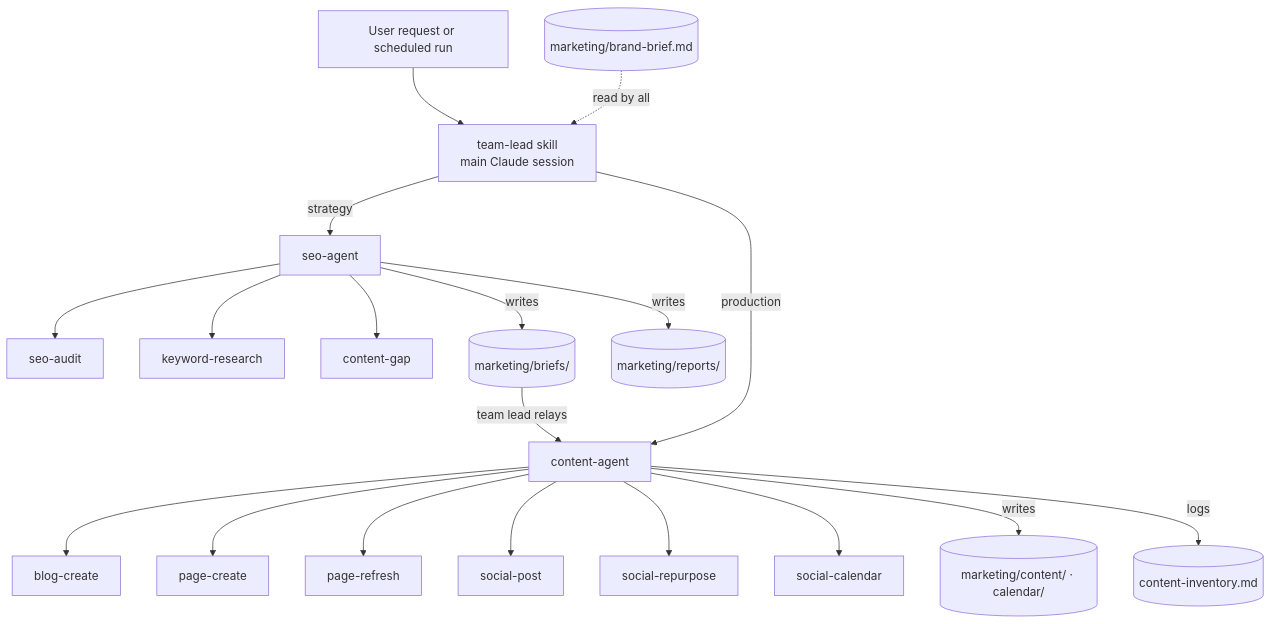
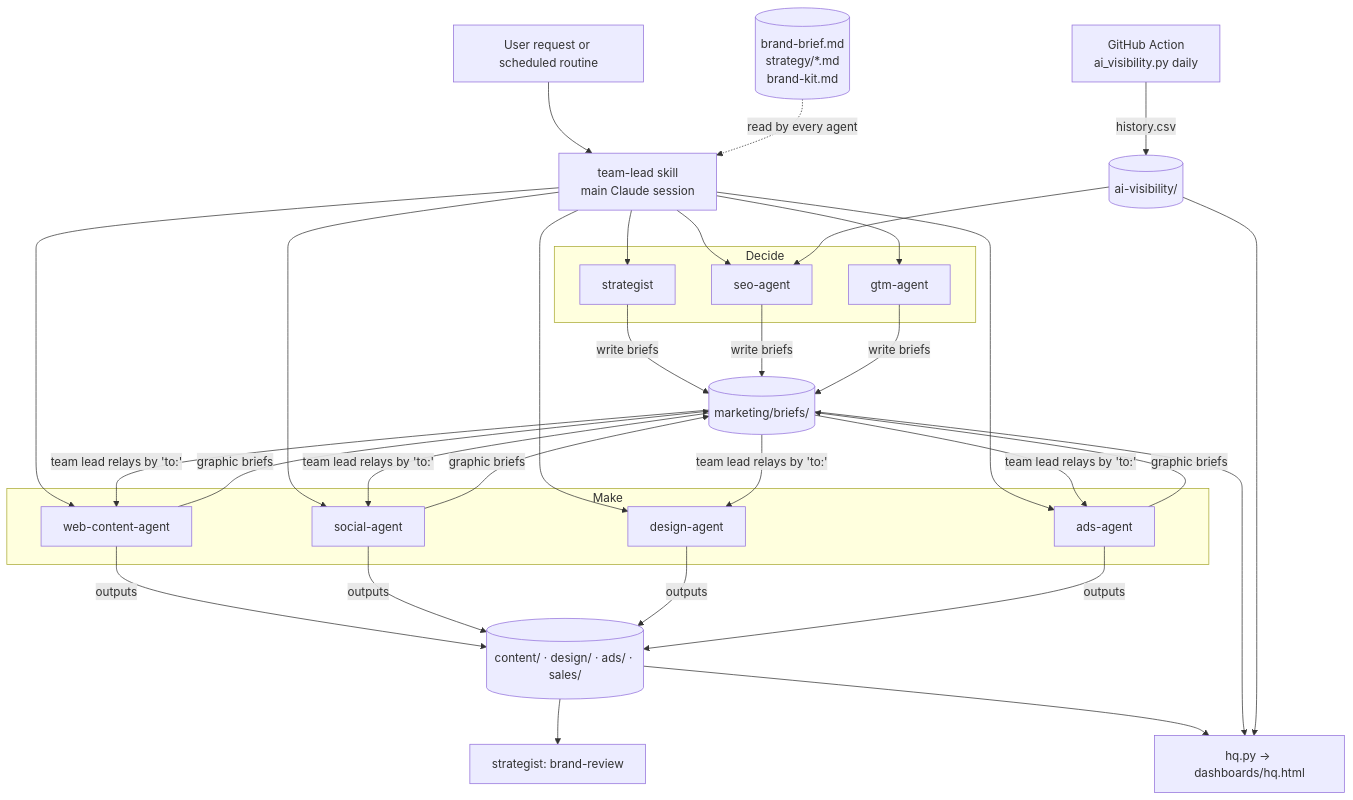
The diagram in docs/architecture.md (viktar-m/marketing-team), drawn with Mermaid before and after one commit. The commit also changed other lines of this file and 53 other files, not shown here.

First line of the commit message:
v0.2.0: seven-agent team with AI visibility, design, ads and GTM

````diff
--- a/docs/architecture.md
+++ b/docs/architecture.md
@@ -5,21 +5,27 @@
 ```mermaid
 flowchart TD
-    U[User request or scheduled run] --> L[team-lead skill<br/>main Claude session]
-    B[(marketing/brand-brief.md)] -.read by all.-> L
-    L -->|strategy| S[seo-agent]
-    L -->|production| C[content-agent]
-    S --> SA[seo-audit]
-    S --> KR[keyword-research]
-    S --> CG[content-gap]
-    S -->|writes| BR[(marketing/briefs/)]
-    BR -->|team lead relays| C
-    C --> BC[blog-create]
-    C --> PC[page-create]
-    C --> PR[page-refresh]
-    C --> SP[social-post]
-    C --> SR[social-repurpose]
-    C --> SC[social-calendar]
-    C -->|writes| O[(marketing/content/ · calendar/)]
-    C -->|logs| I[(content-inventory.md)]
-    S -->|writes| R[(marketing/reports/)]
+    U[User request or scheduled routine] --> L[team-lead skill<br/>main Claude session]
+    B[(brand-brief.md<br/>strategy/*.md<br/>brand-kit.md)] -.read by every agent.-> L
+
+    subgraph Decide
+      ST[strategist]
+      SEO[seo-agent]
+      GTM[gtm-agent]
+    end
+    subgraph Make
+      WEB[web-content-agent]
+      SOC[social-agent]
+      DES[design-agent]
+      ADS[ads-agent]
+    end
+
+    L --> ST & SEO & GTM & WEB & SOC & DES & ADS
+    ST & SEO & GTM -->|write briefs| Q[(marketing/briefs/)]
+    WEB & SOC & ADS -->|graphic briefs| Q
+    Q -->|team lead relays by 'to:'| WEB & SOC & DES & ADS
+    WEB & SOC & DES & ADS -->|outputs| O[(content/ · design/ · ads/ · sales/)]
+    O --> R[strategist: brand-review]
+    T[GitHub Action<br/>ai_visibility.py daily] -->|history.csv| AV[(ai-visibility/)]
+    AV --> SEO
+    O & Q & AV --> HQ[hq.py → dashboards/hq.html]
 ```
````
